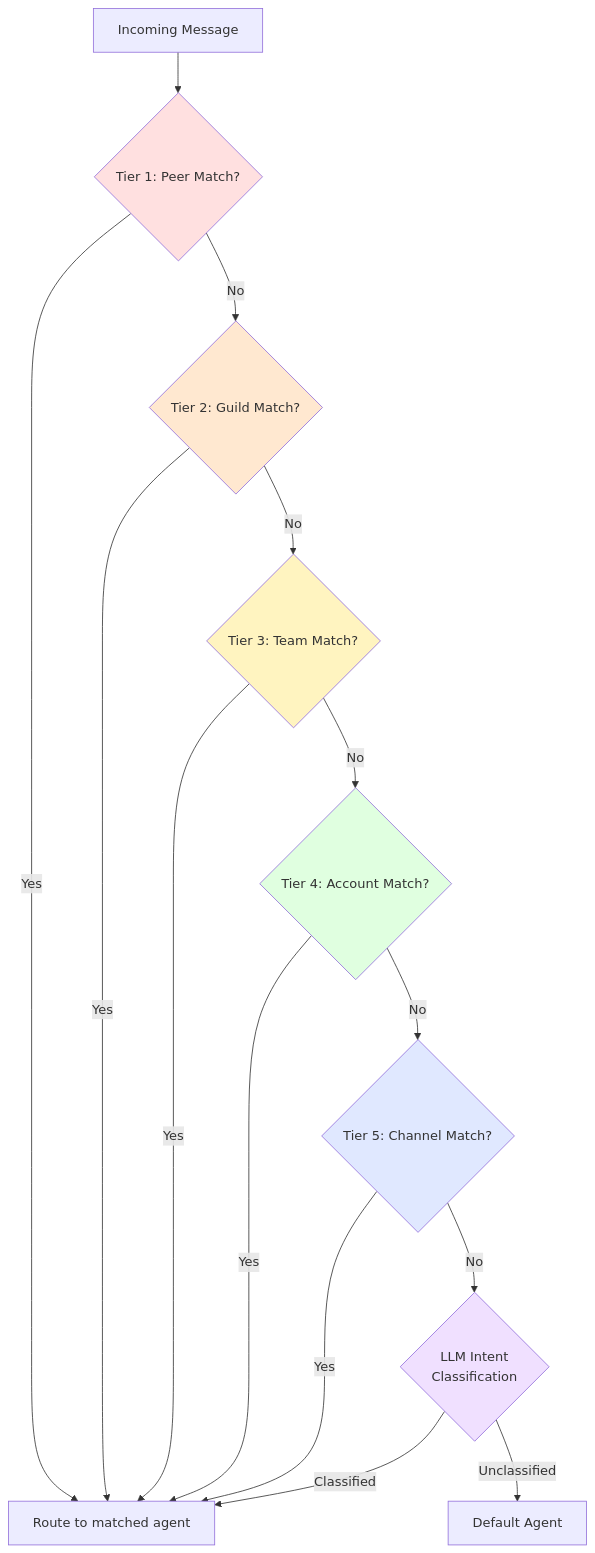
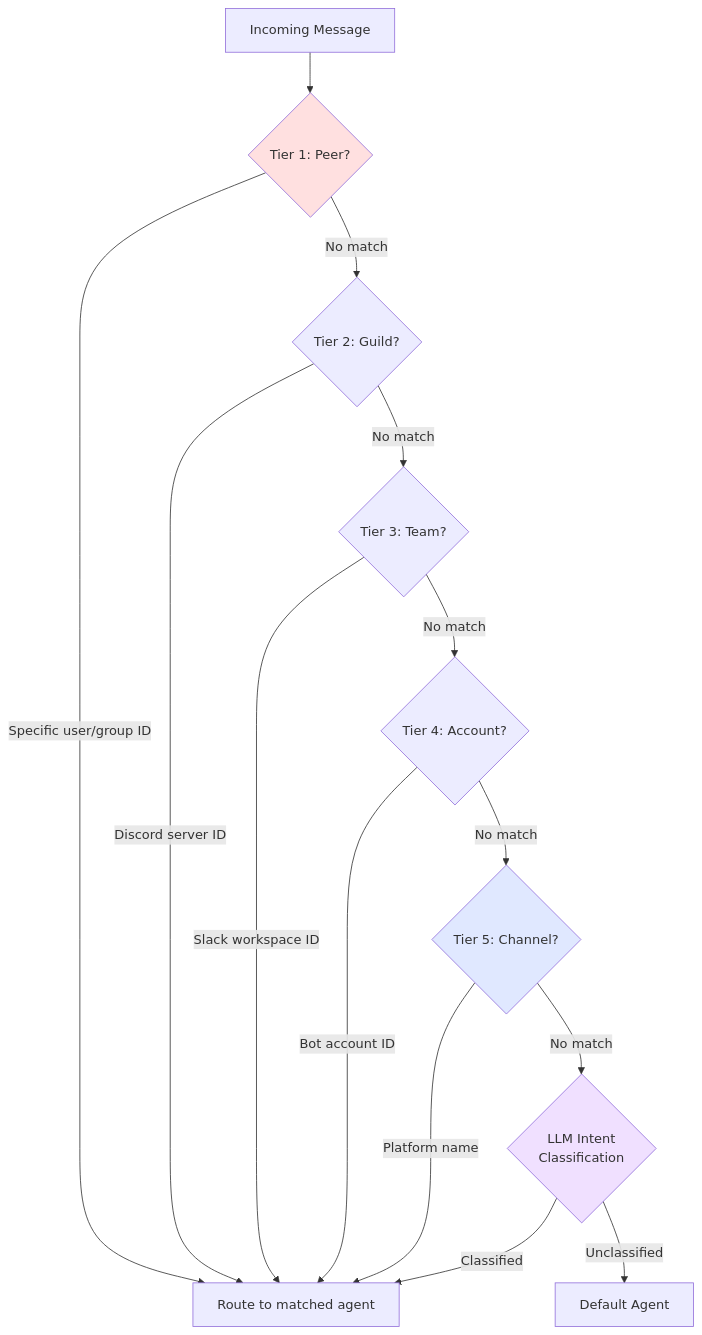
Before and after one commit to gen-mind/echo-mind: the fourth of 6 diagrams in docs/agents/echomind-agent-architecture.md, drawn with Mermaid. The commit also changed other lines of this file, not shown here.

````diff
--- a/docs/agents/echomind-agent-architecture.md
+++ b/docs/agents/echomind-agent-architecture.md
@@ -123,23 +210,20 @@
 ```mermaid
 graph TD
-    MSG[Incoming Message] --> T1{Tier 1: Peer Match?}
-    T1 -->|Yes| DONE[Route to matched agent]
-    T1 -->|No| T2{Tier 2: Guild Match?}
-    T2 -->|Yes| DONE
-    T2 -->|No| T3{Tier 3: Team Match?}
-    T3 -->|Yes| DONE
-    T3 -->|No| T4{Tier 4: Account Match?}
-    T4 -->|Yes| DONE
-    T4 -->|No| T5{Tier 5: Channel Match?}
-    T5 -->|Yes| DONE
-    T5 -->|No| INTENT{LLM Intent<br/>Classification}
+    MSG[Incoming Message] --> T1{Tier 1: Peer?}
+    T1 -->|"Specific user/group ID"| DONE[Route to matched agent]
+    T1 -->|No match| T2{Tier 2: Guild?}
+    T2 -->|"Discord server ID"| DONE
+    T2 -->|No match| T3{Tier 3: Team?}
+    T3 -->|"Slack workspace ID"| DONE
+    T3 -->|No match| T4{Tier 4: Account?}
+    T4 -->|"Bot account ID"| DONE
+    T4 -->|No match| T5{Tier 5: Channel?}
+    T5 -->|"Platform name"| DONE
+    T5 -->|No match| INTENT{LLM Intent<br/>Classification}
     INTENT -->|Classified| DONE
     INTENT -->|Unclassified| DEFAULT[Default Agent]
 
     style T1 fill:#ffe0e0
-    style T2 fill:#ffe8d0
-    style T3 fill:#fff4c0
-    style T4 fill:#e0ffe0
     style T5 fill:#e0e8ff
     style INTENT fill:#f0e0ff
 ```
````
